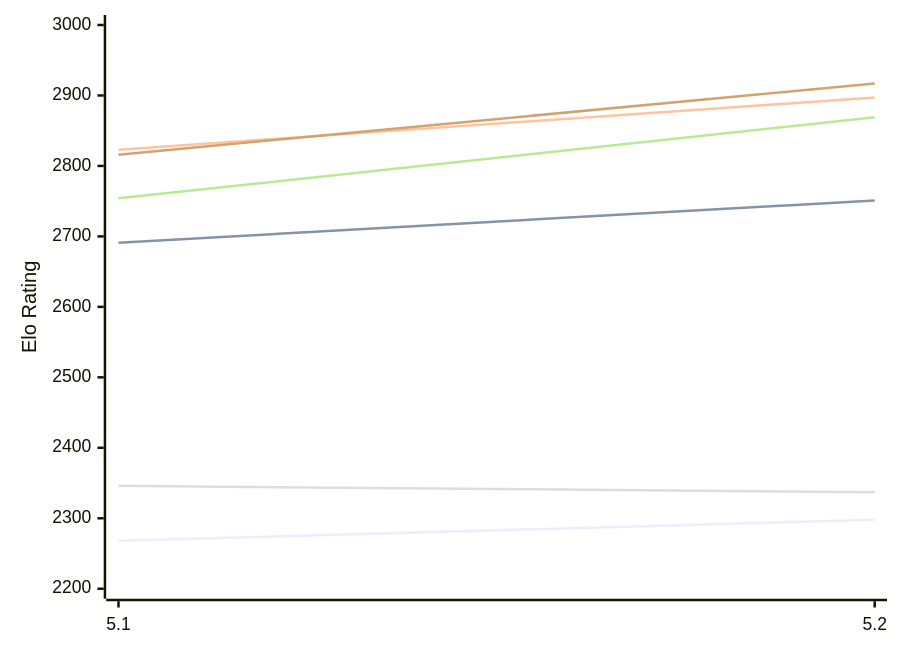
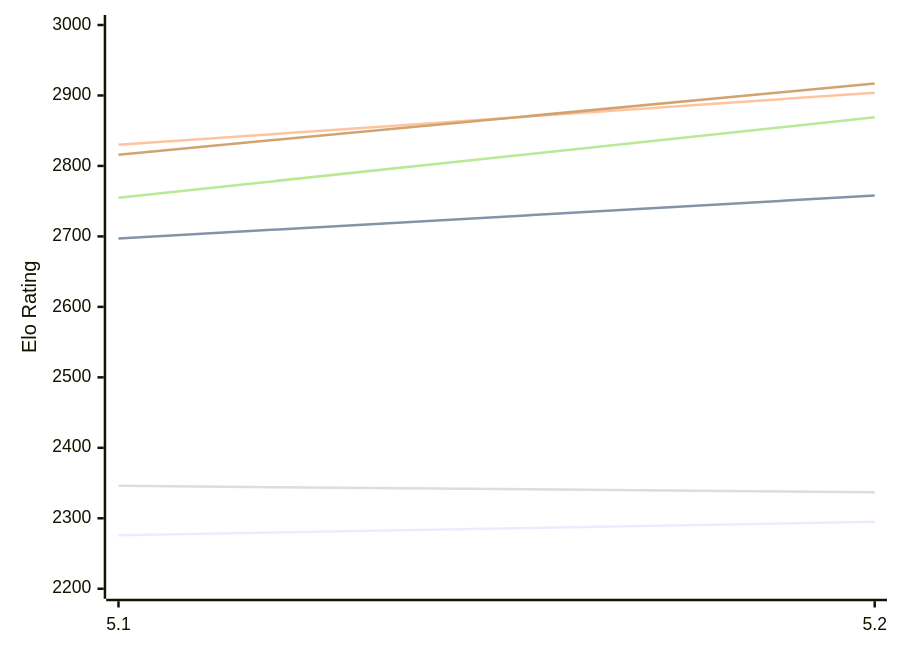
Before and after one commit to computer-chess-index/cci: the first of 2 diagrams in engines/Dorky.md, drawn with Mermaid. The commit also changed other lines of this file, not shown here.

Commit message:
Update CCI Ratings (ELO VLTC) - 2026-11-10

````diff
--- a/engines/Dorky.md
+++ b/engines/Dorky.md
@@ -50,12 +50,12 @@
 ```mermaid
 %%{init: {"theme":"base","themeVariables":{"seriesColors:['#a3a3a3','#222221','#faa371']}}}%%
 xychart-beta
   x-axis ["5.1", "5.2"]
   y-axis "Elo Rating" 2200 --> 3000
-  line "E1: STC (8.0+0.08s)" [2268, 2298]
-  line "E1: LTC (60.0+0.60s)" [2691, 2751]
-  line "E1: VLTC (2m24s+1.12s)" [2823, 2897]
+  line "E1: STC (8.0+0.08s)" [2276, 2295]
+  line "E1: LTC (60.0+0.60s)" [2697, 2758]
+  line "E1: VLTC (2m24s+1.12s)" [2830, 2904]
   line "P1: STC (8.0+0.08s)" [2346, 2337]
-  line "P1: LTC (60.0+0.60s)" [2754, 2869]
+  line "P1: LTC (60.0+0.60s)" [2755, 2869]
   line "P1: VLTC (2m24s+1.12s)" [2816, 2917]
 ```
````
